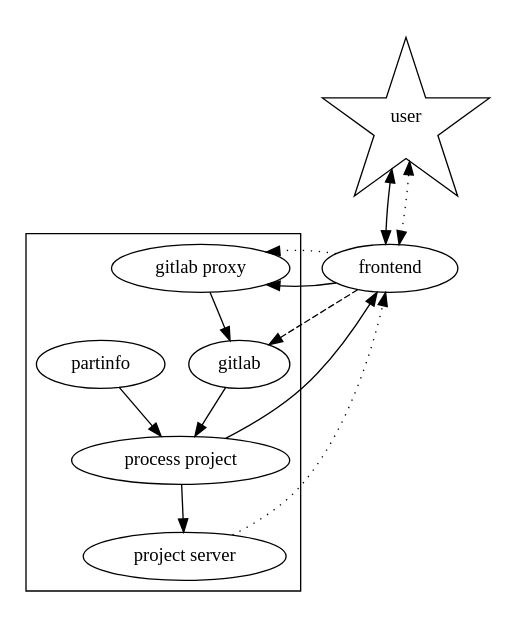
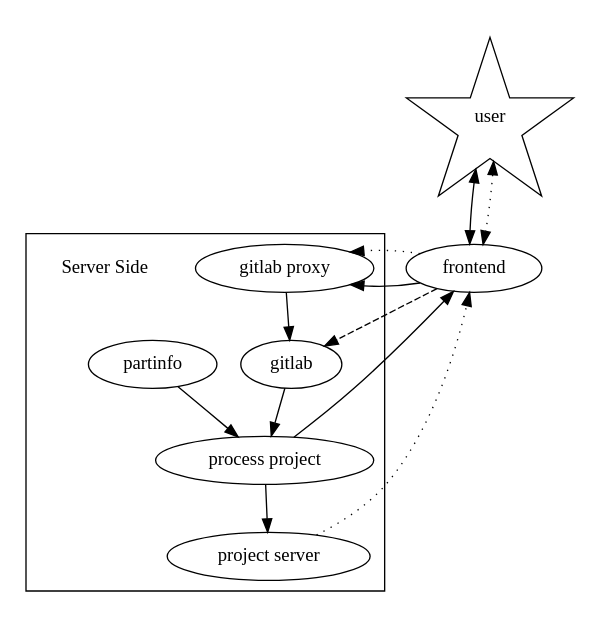
One commit to kitspace/kitspace changed the diagram in docs/planned.dot. Above: the diagram before and after it, drawn with Graphviz. The commit also changed 3 other files, not shown here.

Commit message:
Tweak diagrams

```diff
--- a/docs/planned.dot
+++ b/docs/planned.dot
@@ -1,22 +1,23 @@
 digraph current {
     user [shape=star];
     user -> frontend [dir=both];
     user -> frontend [dir=both;style=dotted;];
     frontend -> "gitlab proxy";
     frontend -> "gitlab proxy" [style=dotted];
     frontend -> gitlab [style=dashed];
     "gitlab proxy" -> gitlab;
     gitlab -> "process project";
     partinfo -> "process project";
     "process project" -> "project server";
     "process project" -> frontend;
     "project server" -> frontend [style=dotted];
     subgraph cluster_01 {
         color=none;
         user frontend;
     }
     subgraph cluster_02 {
+        "Server Side" [shape=none];
         gitlab partinfo "project server";
         "gitlab proxy" "process project";
     }
 }
```
